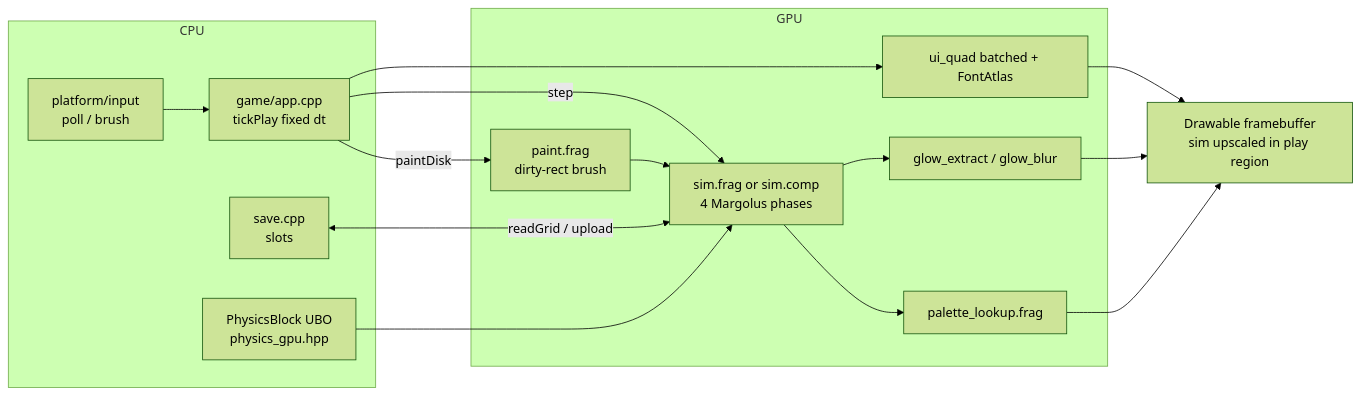
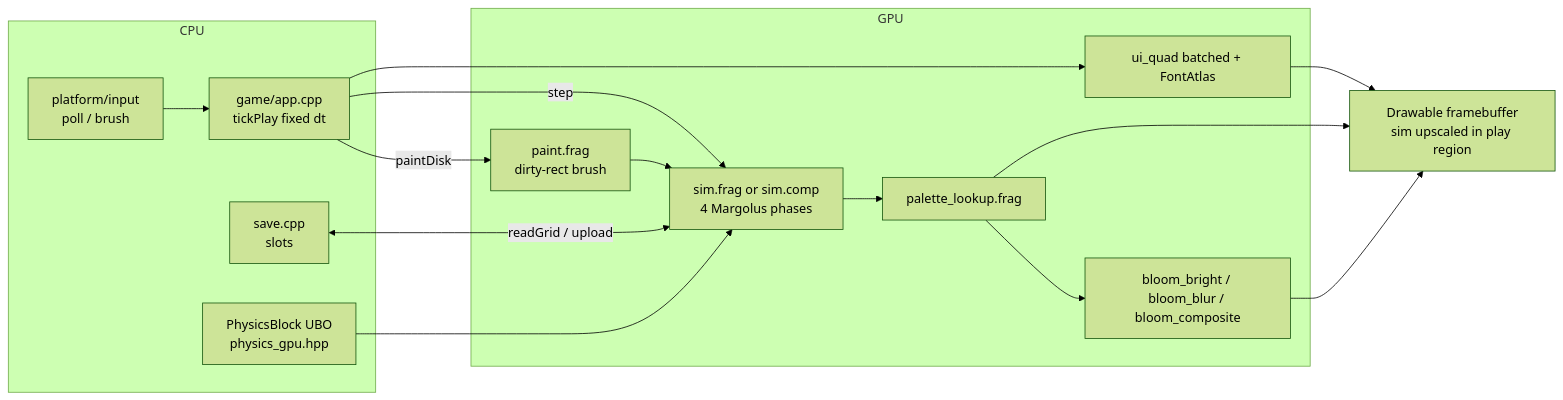
The diagram in docs/diagrams/sim-pipeline.mmd (antoinebou12/nxsand), drawn with Mermaid (forest theme) before and after one commit. The commit also changed 49 other files, not shown here.

```diff
--- a/docs/diagrams/sim-pipeline.mmd
+++ b/docs/diagrams/sim-pipeline.mmd
@@ -1,31 +1,31 @@
 %% NXSand play frame - GLES fragment CA (regenerate: docs/DIAGRAMS.md)
 flowchart LR
   subgraph CPU["CPU"]
     Input["platform/input\npoll / brush"]
     App["game/app.cpp\ntickPlay fixed dt"]
     Save["save.cpp\nslots"]
     Phys["PhysicsBlock UBO\nphysics_gpu.hpp"]
   end
 
   subgraph GPU["GPU"]
     Paint["paint.frag\ndirty-rect brush"]
     Sim["sim.frag or sim.comp\n4 Margolus phases"]
     Pal["palette_lookup.frag"]
-    Glow["glow_extract / glow_blur"]
+    Bloom["bloom_bright / bloom_blur / bloom_composite"]
     UI["ui_quad batched + FontAtlas"]
   end
 
   Present["Drawable framebuffer\nsim upscaled in play region"]
 
   Input --> App
   App -->|paintDisk| Paint
   Paint --> Sim
   App -->|step| Sim
   Phys --> Sim
   Save <-->|readGrid / upload| Sim
   Sim --> Pal
-  Sim --> Glow
+  Pal --> Bloom
   Pal --> Present
-  Glow --> Present
+  Bloom --> Present
   App --> UI
   UI --> Present
```
